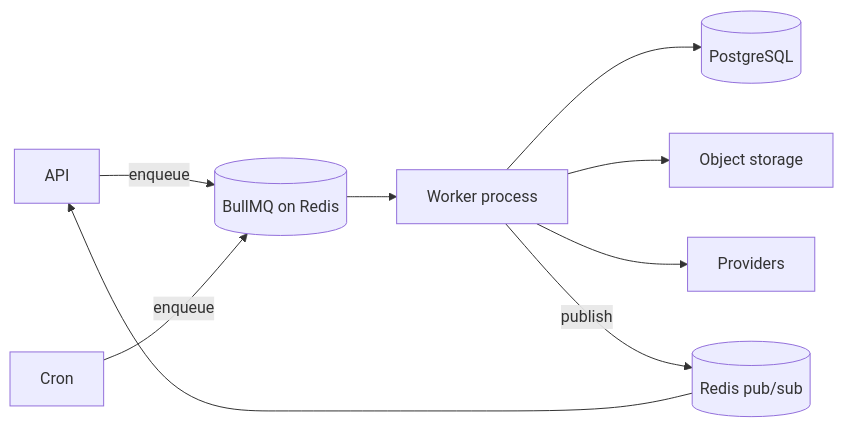
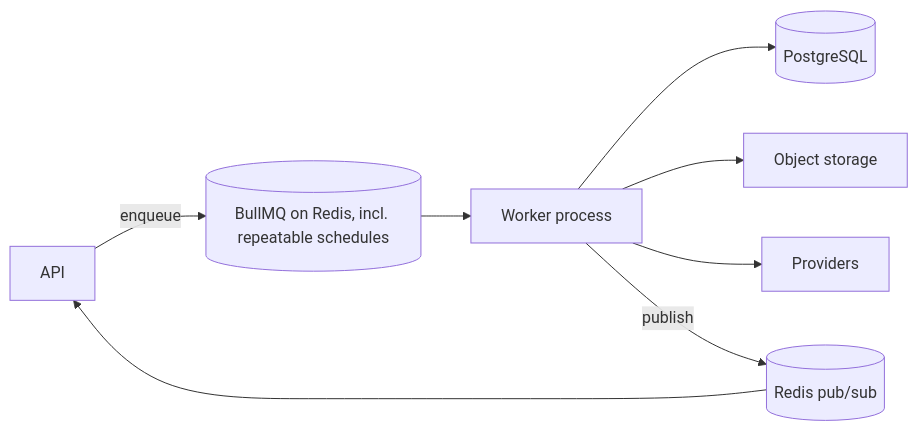
Before and after one commit to MoustafaWehbe/onramp-fp-founders-app: the third of 4 diagrams in docs/architecture.md, drawn with Mermaid. The commit also changed other lines of this file and 54 other files, not shown here.

````diff
--- a/docs/architecture.md
+++ b/docs/architecture.md
@@ -136,11 +138,10 @@
 ```mermaid
 flowchart LR
-    API -->|enqueue| Q[(BullMQ on Redis)]
-    Cron -->|enqueue| Q
+    API -->|enqueue| Q[(BullMQ on Redis, incl. repeatable schedules)]
     Q --> W[Worker process]
     W --> PG[(PostgreSQL)]
     W --> S[Object storage]
     W --> P[Providers]
     W -->|publish| Bus[(Redis pub/sub)]
     Bus --> API
 ```
````
